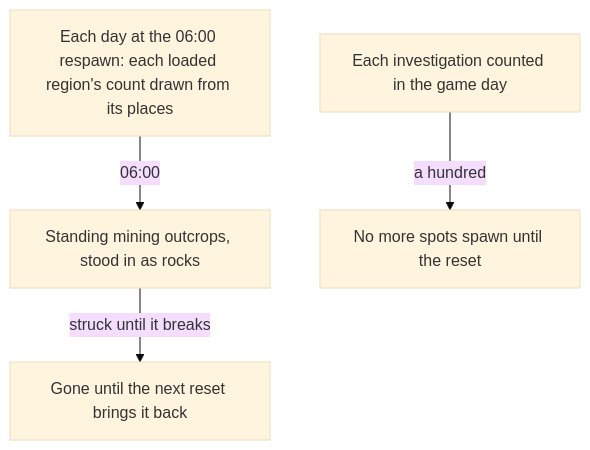
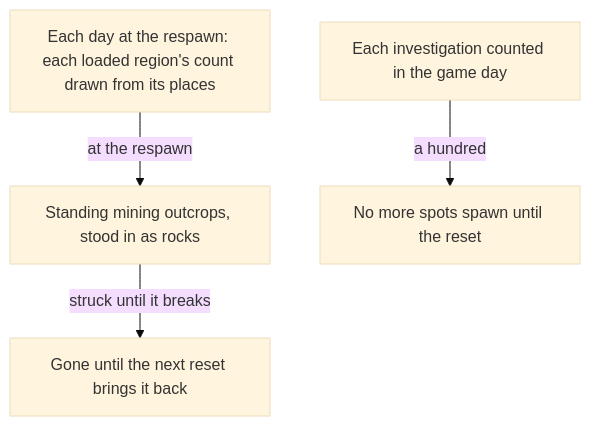
The diagram in openspec/changes/genshin-gathering/design.md (Esposter/Esposter), drawn with Mermaid (base theme) before and after one commit. The commit also changed other lines of this file and 41 other files, not shown here.

````diff
--- a/openspec/changes/genshin-gathering/design.md
+++ b/openspec/changes/genshin-gathering/design.md
@@ -17,6 +17,6 @@
 ```mermaid
 flowchart TD
-  D["Each day at the 06:00 respawn: each loaded region's count drawn from its places"] -->|"06:00"| O["Standing mining outcrops, stood in as rocks"]
+  D["Each day at the respawn: each loaded region's count drawn from its places"] -->|"at the respawn"| O["Standing mining outcrops, stood in as rocks"]
   O -->|"struck until it breaks"| G["Gone until the next reset brings it back"]
   I["Each investigation counted in the game day"] -->|"a hundred"| N["No more spots spawn until the reset"]
 ```
````
